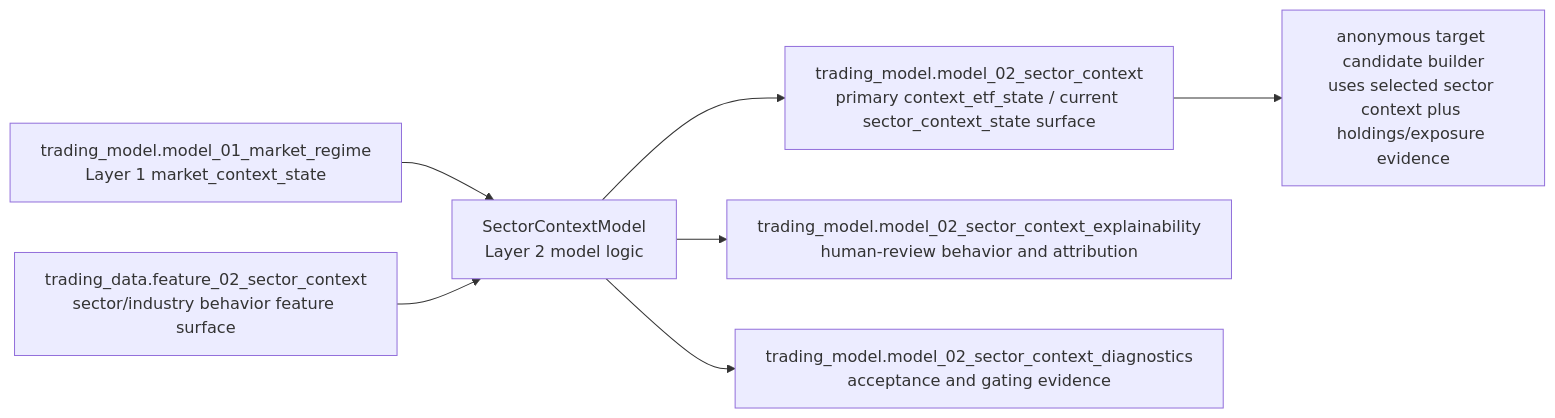
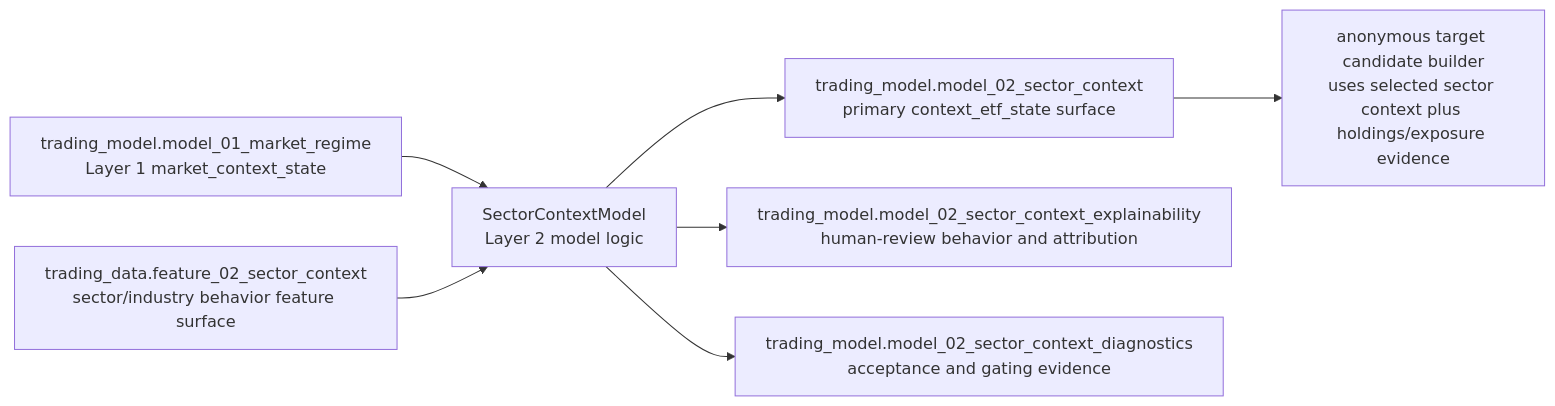
Before and after one commit to gilmore307/trading-model: the diagram in docs/11_layer_02_sector_context.md, drawn with Mermaid. The commit also changed other lines of this file and 44 other files, not shown here.

````diff
--- a/docs/11_layer_02_sector_context.md
+++ b/docs/11_layer_02_sector_context.md
@@ -18,16 +18,16 @@
 ```mermaid
 flowchart LR
     l1["trading_model.model_01_market_regime<br/>Layer 1 market_context_state"]
     feature["trading_data.feature_02_sector_context<br/>sector/industry behavior feature surface"]
     model["SectorContextModel<br/>Layer 2 model logic"]
-    output["trading_model.model_02_sector_context<br/>primary context_etf_state / current sector_context_state surface"]
+    output["trading_model.model_02_sector_context<br/>primary context_etf_state surface"]
     explain["trading_model.model_02_sector_context_explainability<br/>human-review behavior and attribution"]
     diagnostics["trading_model.model_02_sector_context_diagnostics<br/>acceptance and gating evidence"]
     builder["anonymous target candidate builder<br/>uses selected sector context plus holdings/exposure evidence"]
 
     l1 --> model
     feature --> model
     model --> output --> builder
     model --> explain
     model --> diagnostics
 ```
````
